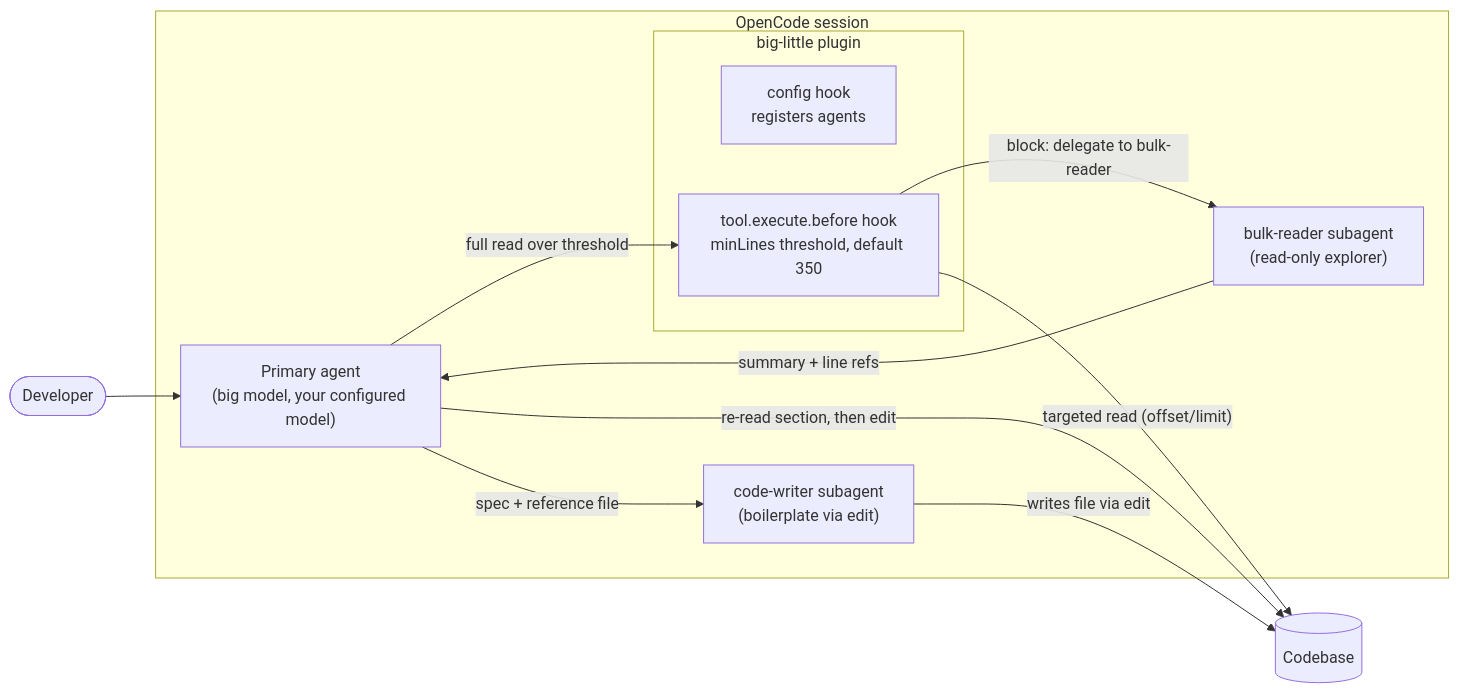
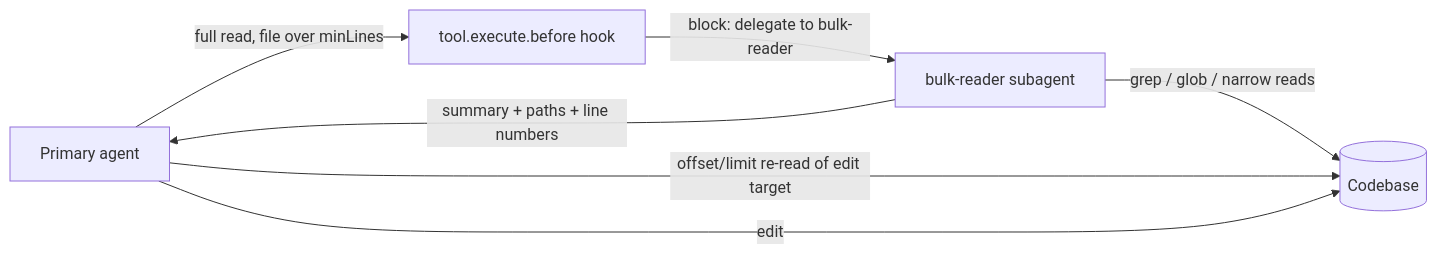
Before and after one commit to jope35/big-little: the first of 2 diagrams in README.md, drawn with Mermaid. The commit also changed other lines of this file, not shown here.

Commit message:
docs: split flow diagram into reader and writer flows

````diff
--- a/README.md
+++ b/README.md
@@ -139,23 +139,14 @@
 ```mermaid
 flowchart LR
-    dev(["Developer"])
-    subgraph session["OpenCode session"]
-        primary["Primary agent<br/>(big model, your configured model)"]
-        subgraph plugin["big-little plugin"]
-            cfg["config hook<br/>registers agents"]
-            hook["tool.execute.before hook<br/>minLines threshold, default 350"]
-        end
-        br["bulk-reader subagent<br/>(read-only explorer)"]
-        cw["code-writer subagent<br/>(boilerplate via edit)"]
-    end
+    primary["Primary agent"]
+    hook["tool.execute.before hook"]
+    br["bulk-reader subagent"]
     code[("Codebase")]
 
-    dev --> primary
-    primary -- "full read over threshold" --> hook
+    primary -- "full read, file over minLines" --> hook
     hook -- "block: delegate to bulk-reader" --> br
-    hook -- "targeted read (offset/limit)" --> code
-    br -- "summary + line refs" --> primary
-    primary -- "re-read section, then edit" --> code
-    primary -- "spec + reference file" --> cw
-    cw -- "writes file via edit" --> code
+    br -- "grep / glob / narrow reads" --> code
+    br -- "summary + paths + line numbers" --> primary
+    primary -- "offset/limit re-read of edit target" --> code
+    primary -- "edit" --> code
 ```
````
